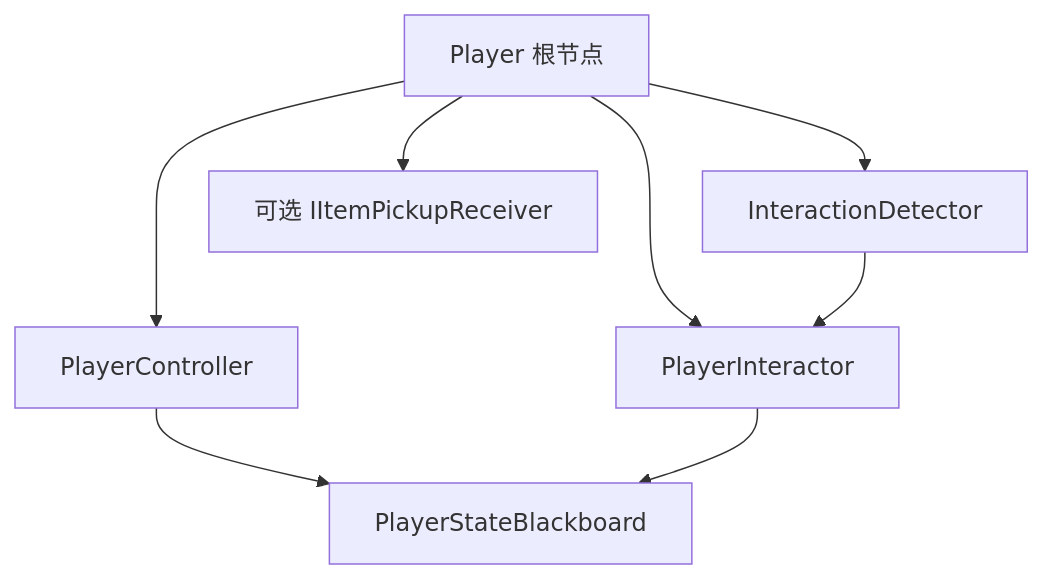
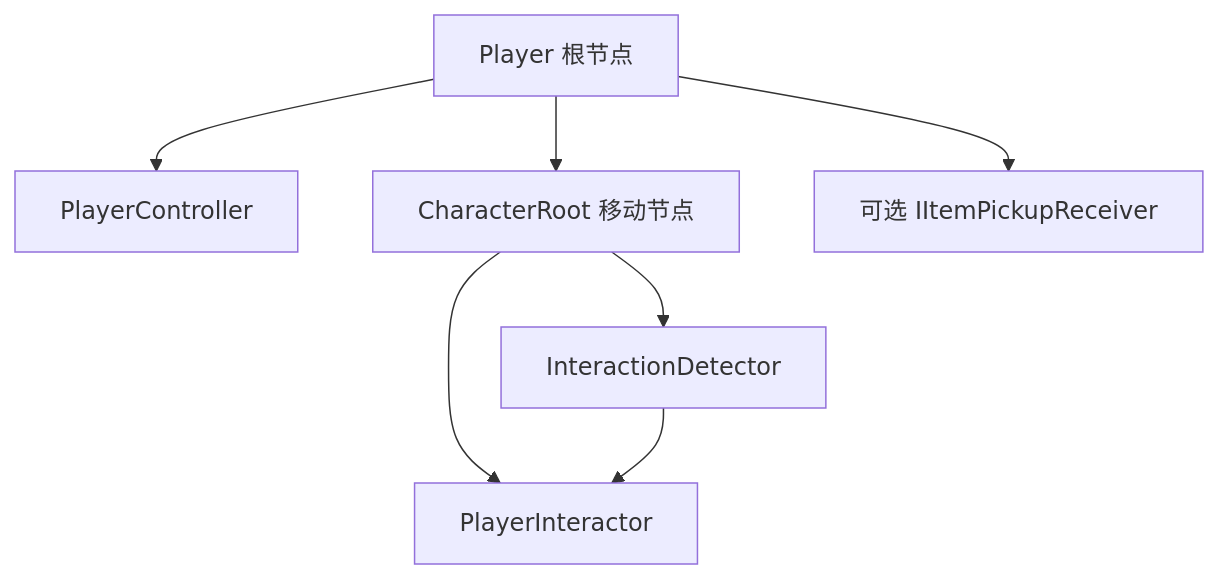
The first of 2 diagrams in Assets/Scripts/InteractionSystem/Documentation/InteractionSystem_Usage.md (Whitesheeeep/3DRPG), drawn with Mermaid before and after one commit. The commit also changed other lines of this file and 161 other files, not shown here.

Commit message:
1. 交互系统优化 2. 对话系统优化 3. 切换角色 1.0, 将 PlayerController.cs 与其他组件解开来

````diff
--- a/Assets/Scripts/InteractionSystem/Documentation/InteractionSystem_Usage.md
+++ b/Assets/Scripts/InteractionSystem/Documentation/InteractionSystem_Usage.md
@@ -11,11 +11,10 @@
 ```mermaid
 flowchart TD
     Player[Player 根节点]
     Player --> Controller[PlayerController]
-    Player --> Detector[InteractionDetector]
-    Player --> Interactor[PlayerInteractor]
+    Player --> CharacterRoot[CharacterRoot 移动节点]
+    CharacterRoot --> Detector[InteractionDetector]
+    CharacterRoot --> Interactor[PlayerInteractor]
     Player --> Receiver[可选 IItemPickupReceiver]
-    Controller --> Blackboard[PlayerStateBlackboard]
     Detector --> Interactor
-    Interactor --> Blackboard
 ```
````
